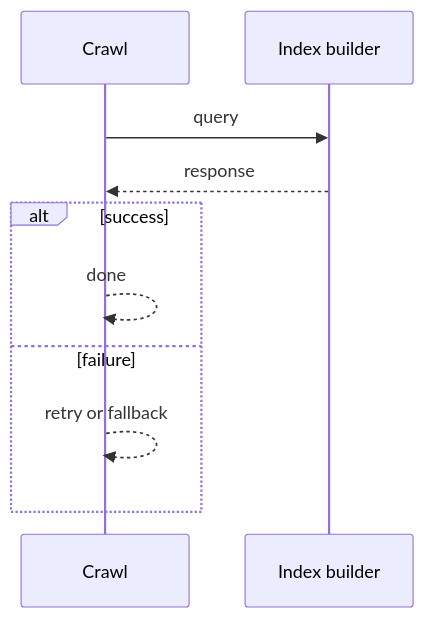
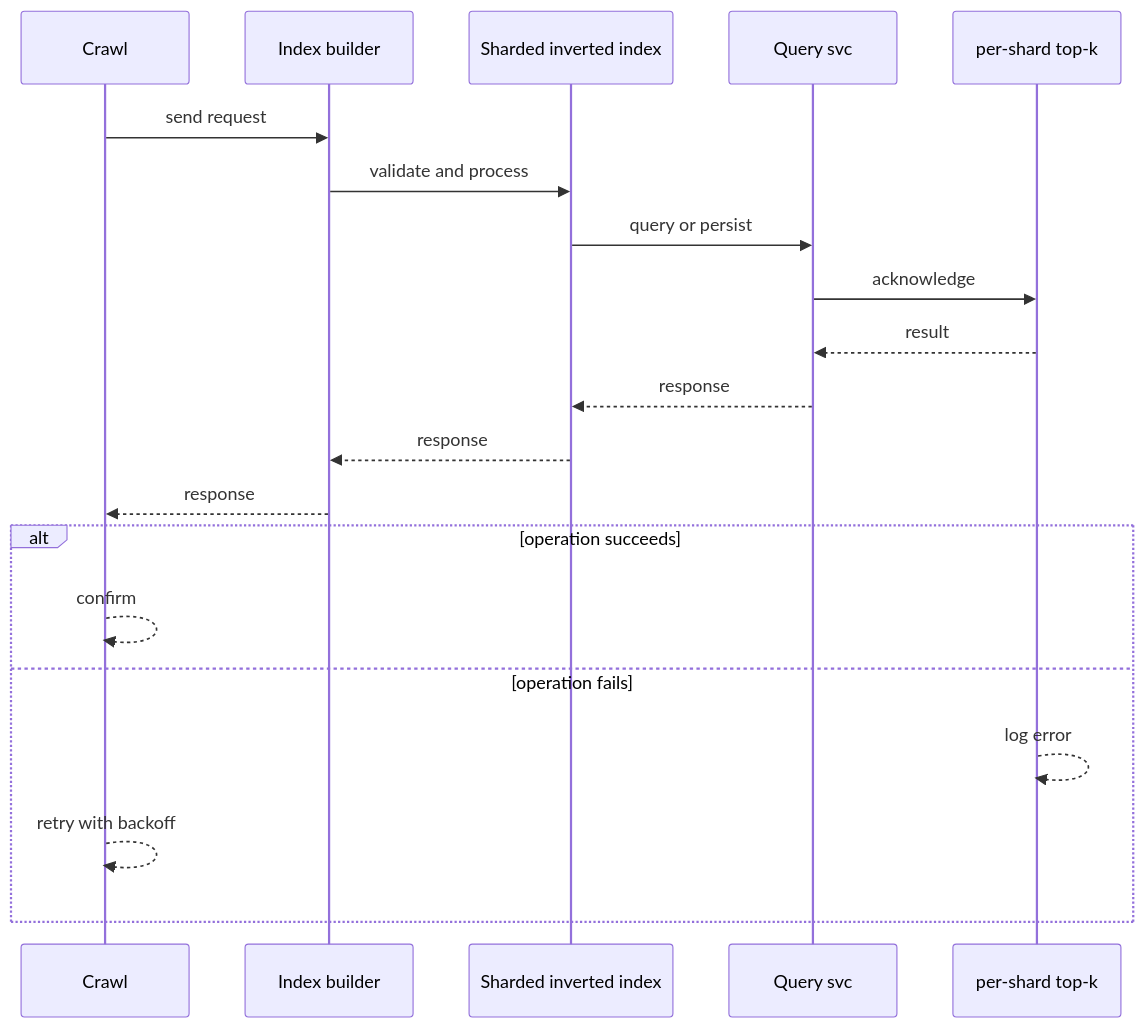
The second of 4 diagrams in case-studies/advanced/search-engine.md (RIT-MESH/system-design-mastery), drawn with Mermaid before and after one commit. The commit also changed other lines of this file and 64 other files, not shown here.

````diff
--- a/case-studies/advanced/search-engine.md
+++ b/case-studies/advanced/search-engine.md
@@ -74,13 +63,23 @@
 ```mermaid
 %% created-for: system-design-mastery
 sequenceDiagram
-  participant P0 as Crawl
-  participant P1 as Index builder
-  P0 ->> P1: query
-  P1 -->> P0: response
-  alt success
-    P0 -->> P0: done
-  else failure
-    P0 -->> P0: retry or fallback
+  participant C0 as Crawl
+  participant C1 as Index builder
+  participant C2 as Sharded inverted index
+  participant C3 as Query svc
+  participant C4 as per-shard top-k
+  C0 ->> C1: send request
+  C1 ->> C2: validate and process
+  C2 ->> C3: query or persist
+  C3 ->> C4: acknowledge
+  C4 -->> C3: result
+  C3 -->> C2: response
+  C2 -->> C1: response
+  C1 -->> C0: response
+  alt operation succeeds
+    C0 -->> C0: confirm
+  else operation fails
+    C4 -->> C4: log error
+    C0 -->> C0: retry with backoff
   end
 ```
````
